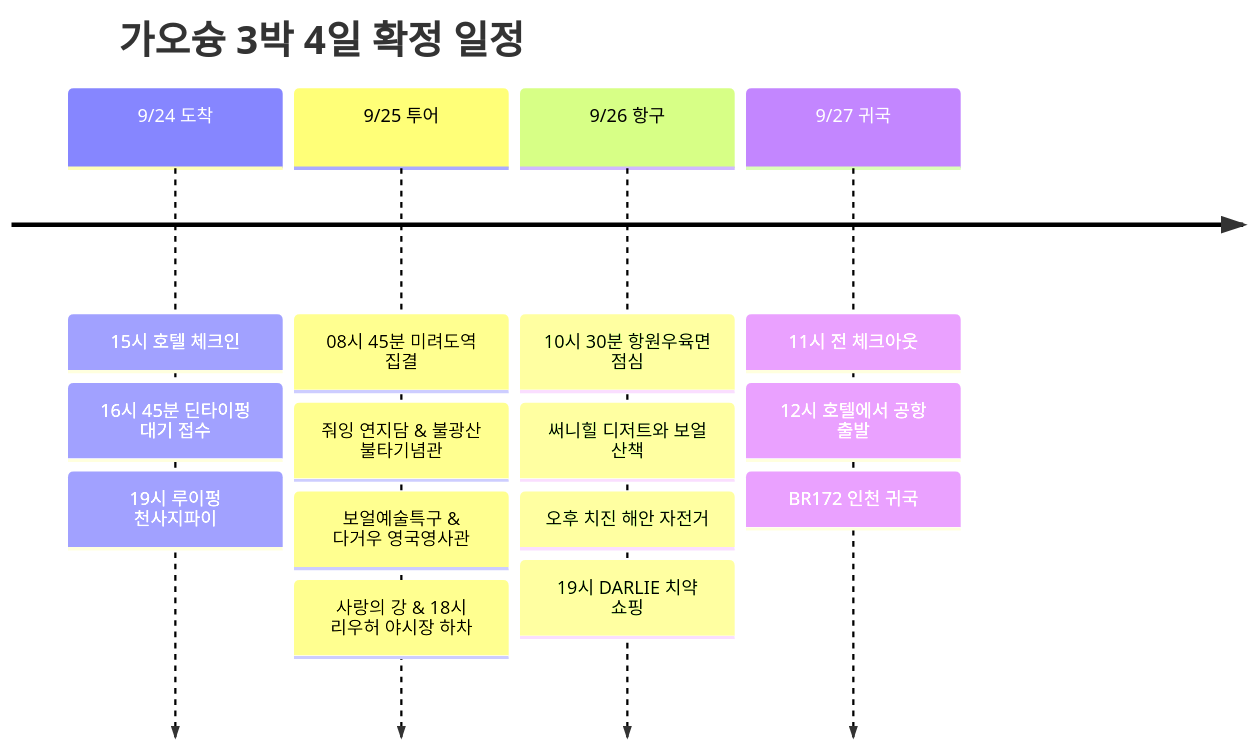
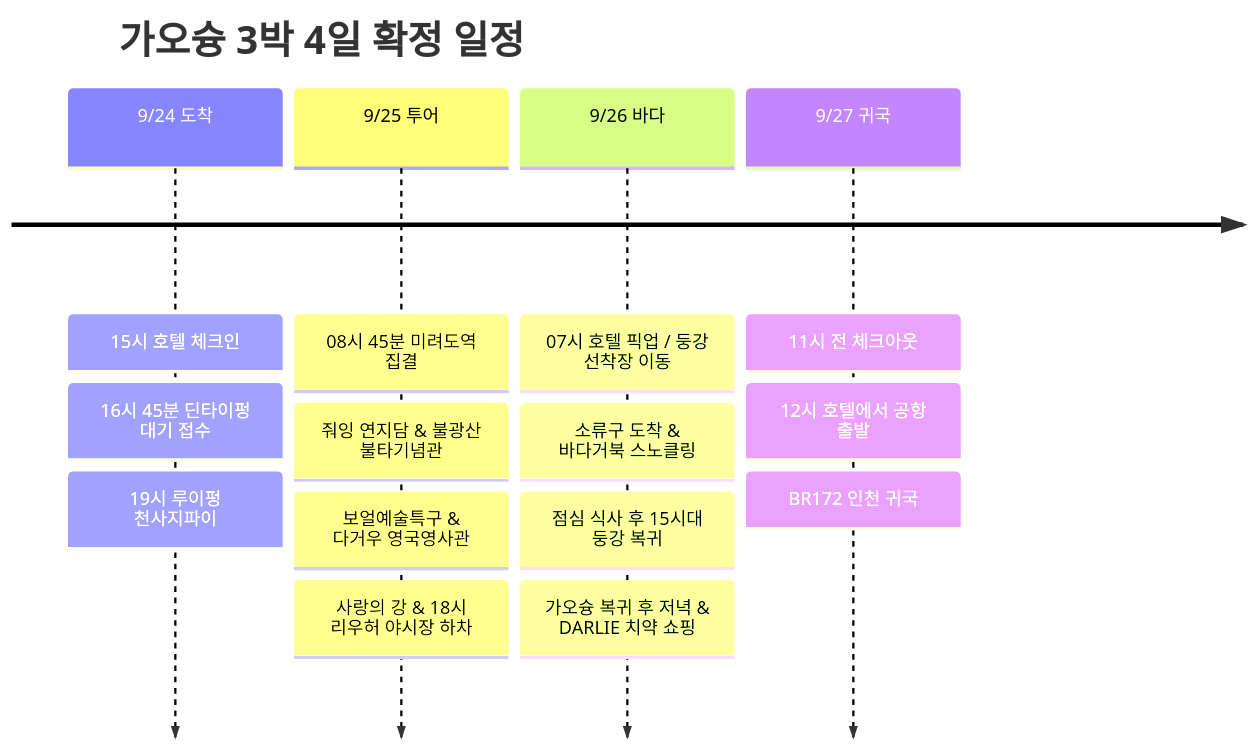
Before and after one commit to gongdongho12/commit-map: the diagram in src/content/posts/2026-09-24-kaohsiung-xiaoliuqiu.md, drawn with Mermaid. The commit also changed other lines of this file, not shown here.

Commit message:
feat: 9/26 소류도 바다거북 스노클링 일정 반영

````diff
--- a/src/content/posts/2026-09-24-kaohsiung-xiaoliuqiu.md
+++ b/src/content/posts/2026-09-24-kaohsiung-xiaoliuqiu.md
@@ -212,18 +194,18 @@
 ```mermaid
 timeline
   title 가오슝 3박 4일 확정 일정
   9/24 도착 : 15시 호텔 체크인
              : 16시 45분 딘타이펑 대기 접수
              : 19시 루이펑 천사지파이
   9/25 투어 : 08시 45분 미려도역 집결
              : 줘잉 연지담 & 불광산 불타기념관
              : 보얼예술특구 & 다거우 영국영사관
              : 사랑의 강 & 18시 리우허 야시장 하차
-  9/26 항구 : 10시 30분 항원우육면 점심
-             : 써니힐 디저트와 보얼 산책
-             : 오후 치진 해안 자전거
-             : 19시 DARLIE 치약 쇼핑
+  9/26 바다 : 07시 호텔 픽업 / 둥강 선착장 이동
+             : 소류구 도착 & 바다거북 스노클링
+             : 점심 식사 후 15시대 둥강 복귀
+             : 가오슝 복귀 후 저녁 & DARLIE 치약 쇼핑
   9/27 귀국 : 11시 전 체크아웃
              : 12시 호텔에서 공항 출발
              : BR172 인천 귀국
 ```
````
